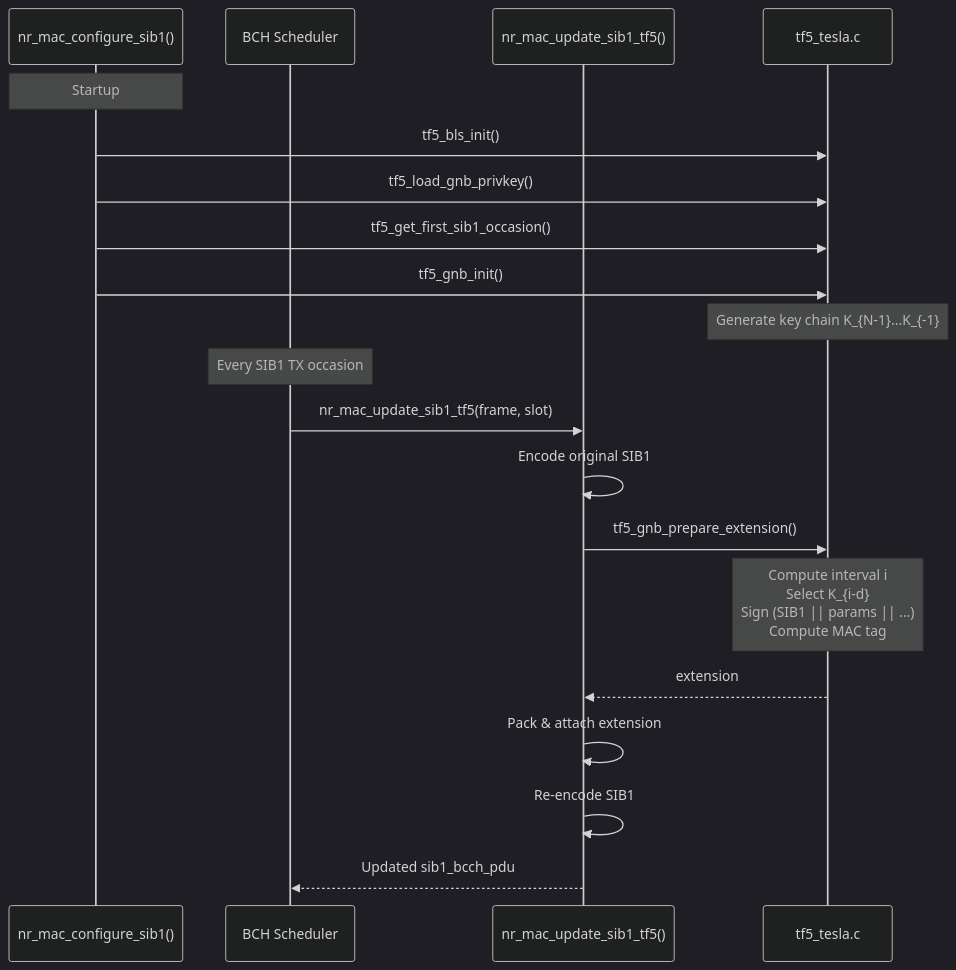
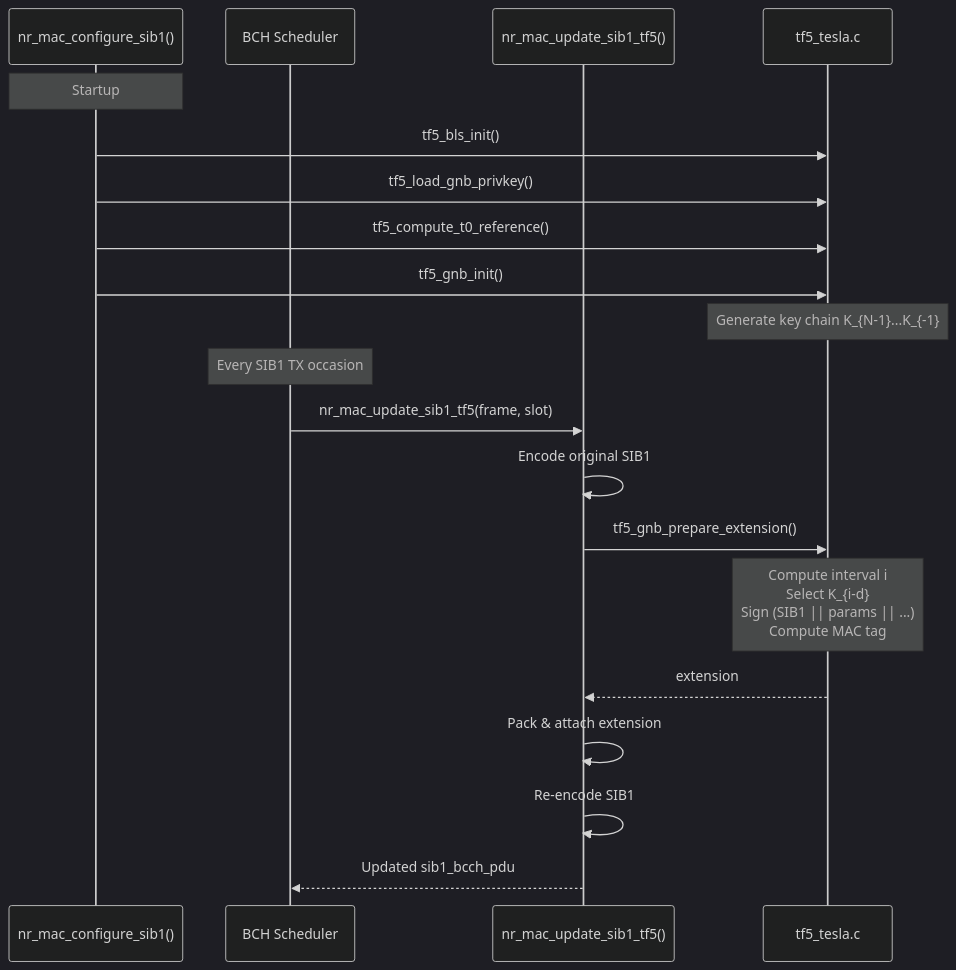
Before and after one commit to ssubinsong/oai-tf5: the diagram in doc-tf5/gnb-implementation.md, drawn with Mermaid (dark theme). The commit also changed other lines of this file and 2 other files, not shown here.

First line of the commit message:
refactor(tf5): rename tf5_get_first_sib1_occasion to tf5_compute_t0_reference

````diff
--- a/doc-tf5/gnb-implementation.md
+++ b/doc-tf5/gnb-implementation.md
@@ -165,24 +166,24 @@
 ```mermaid
 sequenceDiagram
     participant Init as nr_mac_configure_sib1()
     participant Sched as BCH Scheduler
     participant Update as nr_mac_update_sib1_tf5()
     participant Core as tf5_tesla.c
 
     Note over Init: Startup
     Init->>Core: tf5_bls_init()
     Init->>Core: tf5_load_gnb_privkey()
-    Init->>Core: tf5_get_first_sib1_occasion()
+    Init->>Core: tf5_compute_t0_reference()
     Init->>Core: tf5_gnb_init()
     Note over Core: Generate key chain K_{N-1}...K_{-1}
 
     Note over Sched: Every SIB1 TX occasion
     Sched->>Update: nr_mac_update_sib1_tf5(frame, slot)
     Update->>Update: Encode original SIB1
     Update->>Core: tf5_gnb_prepare_extension()
     Note over Core: Compute interval i<br/>Select K_{i-d}<br/>Sign (SIB1 || params || ...)<br/>Compute MAC tag
     Core-->>Update: extension
     Update->>Update: Pack & attach extension
     Update->>Update: Re-encode SIB1
     Update-->>Sched: Updated sib1_bcch_pdu
 ```
````
